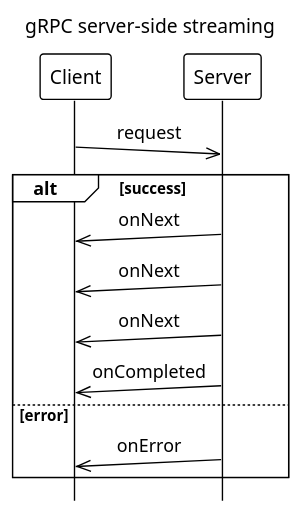
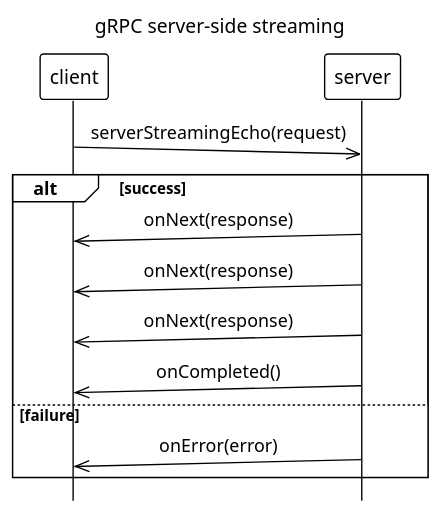
One commit to c0p4c4b4n4/grpc-grpc-java changed the diagram in images/gRPC_server_side_streaming.puml. Above: the diagram before and after it, drawn with PlantUML. The commit also changed 1 other file, not shown here.

```diff
--- a/images/gRPC_server_side_streaming.puml
+++ b/images/gRPC_server_side_streaming.puml
@@ -1,23 +1,23 @@
 @startuml
 !theme mono
 scale 1.1
 hide footbox
 title gRPC server-side streaming
 skinparam TitleFontStyle plain
 skinparam TitleFontSize 14
 skinparam sequenceMessageAlign center
 
-participant Client
-participant "Server" as SVC
+participant client
+participant server
 
-Client ->>(5) SVC: request
+client ->>(5) server: serverStreamingEcho(request)
 
 alt success
-    SVC ->>(5) Client: onNext
-    SVC ->>(5) Client: onNext
-    SVC ->>(5) Client: onNext
-    SVC ->>(5) Client: onCompleted
-else error
-    SVC ->>(5) Client: onError
+    server ->>(5) client: onNext(response)
+    server ->>(5) client: onNext(response)
+    server ->>(5) client: onNext(response)
+    server ->>(5) client: onCompleted()
+else failure
+    server ->>(5) client: onError(error)
 end
 @enduml
```
